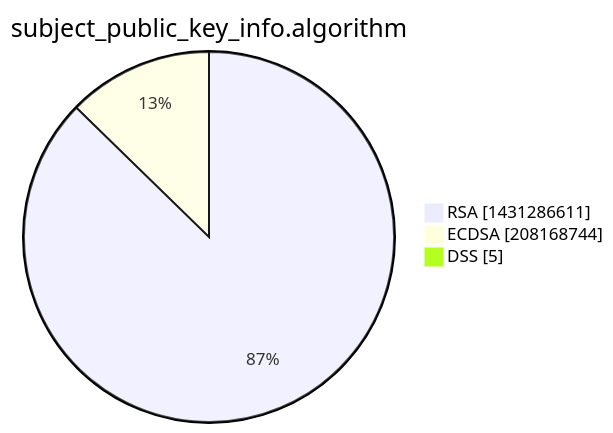
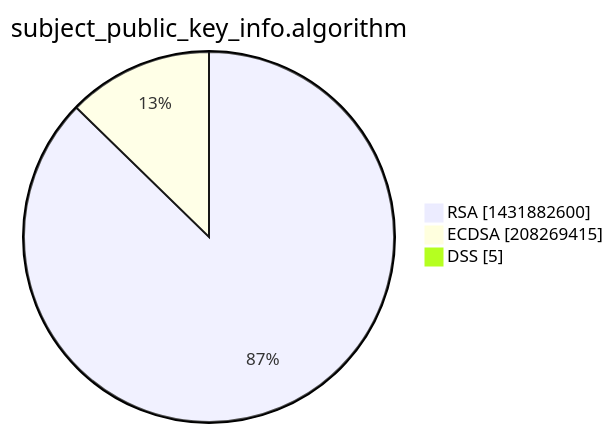
The third of 15 diagrams in xenon2022/README.md (christiankrug/ctmonitor_visualization), drawn with Mermaid before and after one commit. The commit also changed other lines of this file, not shown here.

````diff
--- a/xenon2022/README.md
+++ b/xenon2022/README.md
@@ -14,7 +14,7 @@
 ```mermaid
 pie showData
 title subject_public_key_info.algorithm
-"RSA" :1431286611
-"ECDSA" :208168744
+"RSA" :1431882600
+"ECDSA" :208269415
 "DSS" :5
 ```
````
